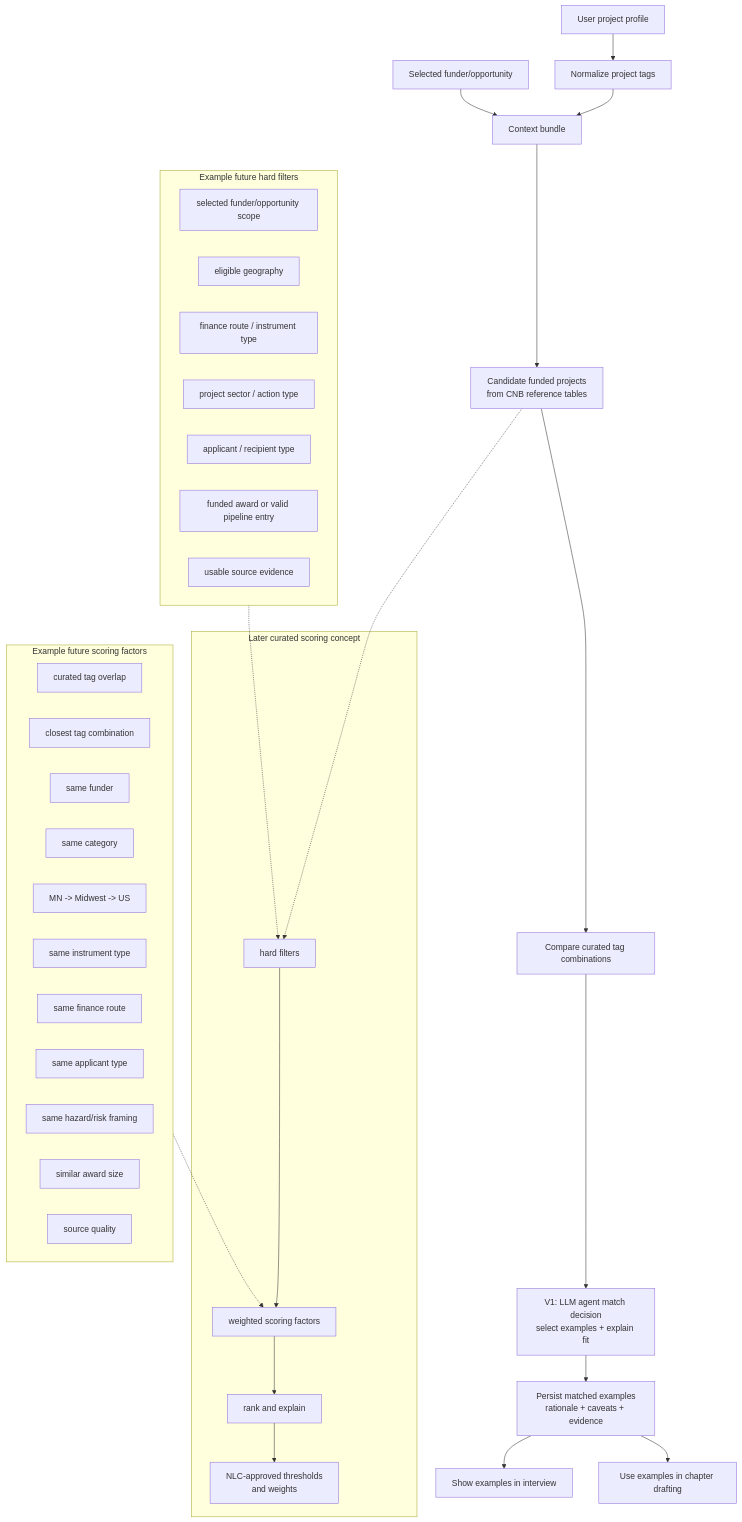
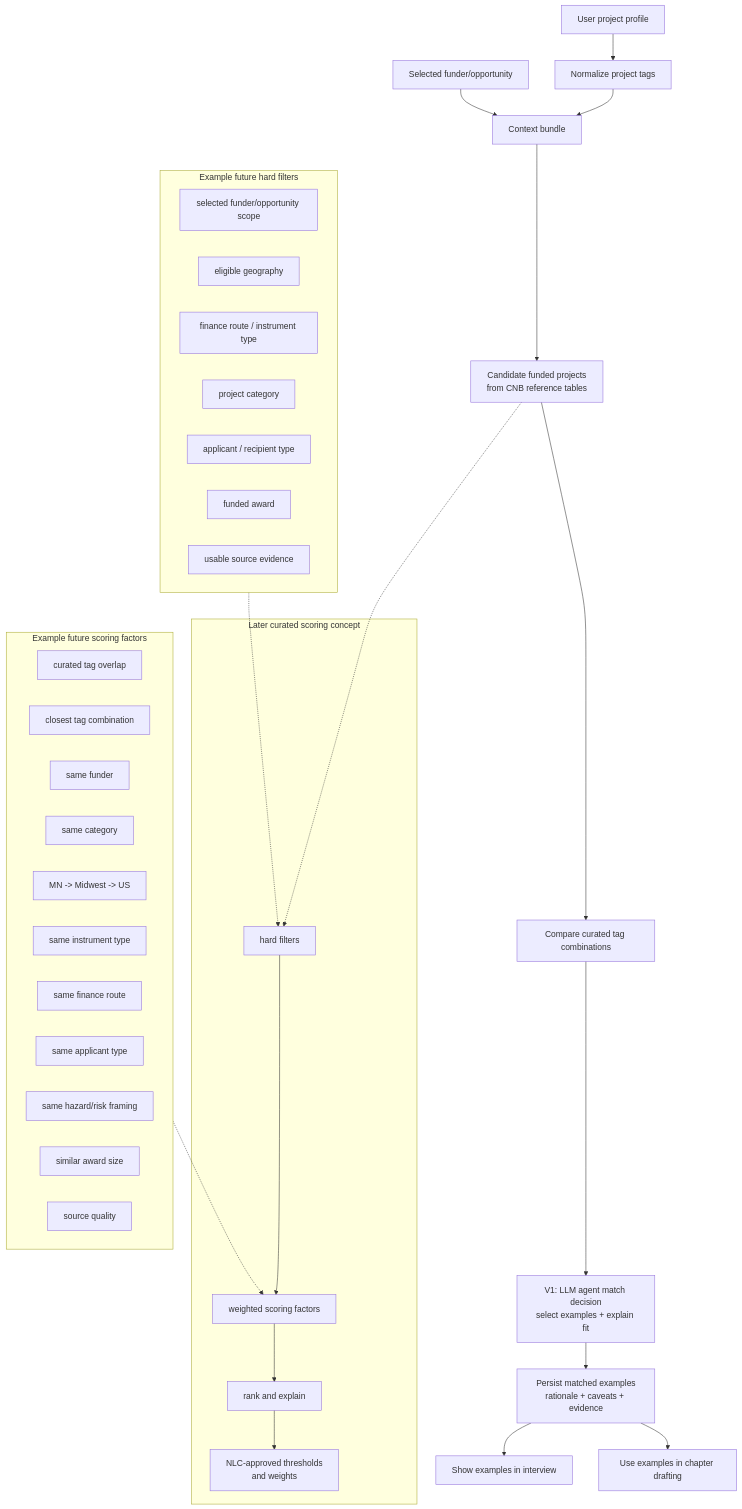
Before and after one commit to Open-Earth-Foundation/CityCatalyst: the eighth of 13 diagrams in docs/ConceptNoteBuilderArchitecture.md, drawn with Mermaid. The commit also changed other lines of this file and 1 other file, not shown here.

Commit message:
Align PDF OCR and concept note architecture

````diff
--- a/docs/ConceptNoteBuilderArchitecture.md
+++ b/docs/ConceptNoteBuilderArchitecture.md
@@ -639,48 +629,48 @@
 ```mermaid
 flowchart TB
     Project["User project profile"] --> Tags["Normalize project tags"]
     Tags --> Bundle["Context bundle"]
     Funder["Selected funder/opportunity"] --> Bundle
     Bundle --> CandidateSet["Candidate funded projects<br/>from CNB reference tables"]
     CandidateSet --> TagCompare["Compare curated tag combinations"]
     TagCompare --> AgentDecision["V1: LLM agent match decision<br/>select examples + explain fit"]
     AgentDecision --> StoreMatch["Persist matched examples<br/>rationale + caveats + evidence"]
     StoreMatch --> UI["Show examples in interview"]
     StoreMatch --> Draft["Use examples in chapter drafting"]
 
     CandidateSet -.-> FutureFilters
 
     subgraph FutureScoring["Later curated scoring concept"]
         FutureFilters["hard filters"]
         FutureFilters --> Score["weighted scoring factors"]
         Score --> Rank["rank and explain"]
         Rank --> Calibration["NLC-approved thresholds<br/>and weights"]
     end
 
     subgraph FilterExamples["Example future hard filters"]
         ProgramGate["selected funder/opportunity scope"]
         GeographyGate["eligible geography"]
         InstrumentGate["finance route / instrument type"]
-        CategoryGate["project sector / action type"]
+        CategoryGate["project category"]
         ApplicantGate["applicant / recipient type"]
-        StatusGate["funded award or valid pipeline entry"]
+        StatusGate["funded award"]
         EvidenceGate["usable source evidence"]
     end
 
     subgraph FactorExamples["Example future scoring factors"]
         TagOverlap["curated tag overlap"]
         TagCombo["closest tag combination"]
         SameFunder["same funder"]
         Category["same category"]
         Region["MN -> Midwest -> US"]
         Instrument["same instrument type"]
         Route["same finance route"]
         Applicant["same applicant type"]
         Hazards["same hazard/risk framing"]
         AwardSize["similar award size"]
         Evidence["source quality"]
     end
 
     FilterExamples -.-> FutureFilters
     FactorExamples -.-> Score
 ```
````
